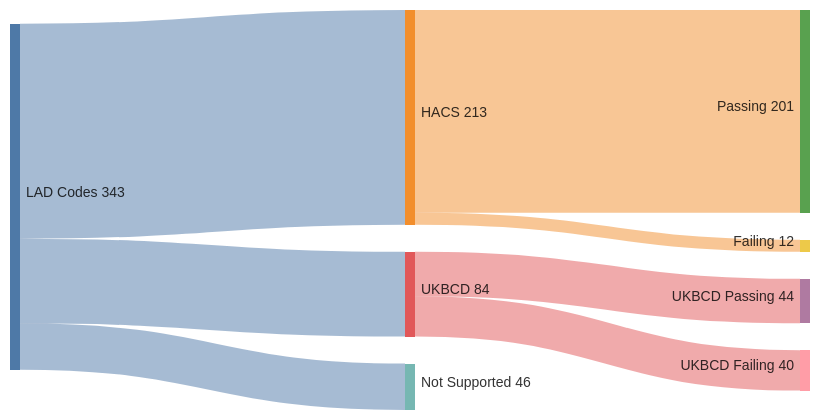
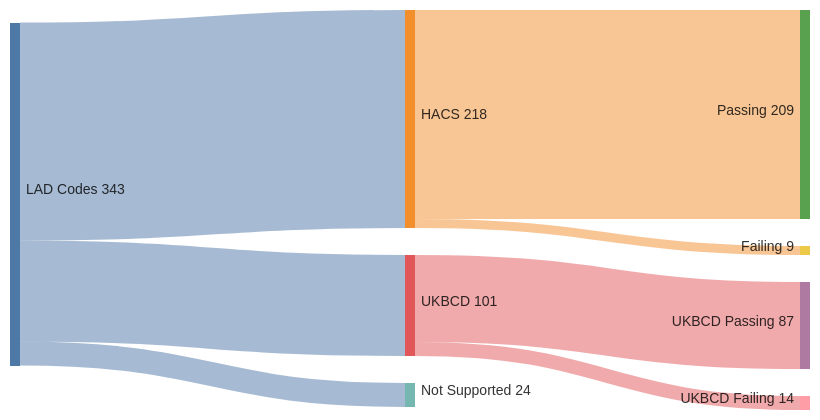
One commit to cmbsteinberg/bins changed the diagram in README.md. Above: the diagram before and after it, drawn with Mermaid. The commit also changed 75 other files, not shown here.

First line of the commit message:
Port UKBCD selenium scrapers + add itouchvision hacs ports (#13)

````diff
--- a/README.md
+++ b/README.md
@@ -11,21 +11,21 @@
 ```mermaid
 ---
 config:
   sankey:
     width: 800
     height: 400
     linkColor: source
     nodeAlignment: left
 ---
 sankey-beta
 
-"LAD Codes","HACS",213
-"LAD Codes","UKBCD",84
-"LAD Codes","Not Supported",46
+"LAD Codes","HACS",218
+"LAD Codes","UKBCD",101
+"LAD Codes","Not Supported",24
 
-"HACS","Passing",201
-"HACS","Failing",12
+"HACS","Passing",209
+"HACS","Failing",9
 
-"UKBCD","UKBCD Passing",44
-"UKBCD","UKBCD Failing",40
+"UKBCD","UKBCD Passing",87
+"UKBCD","UKBCD Failing",14
 ```
````
